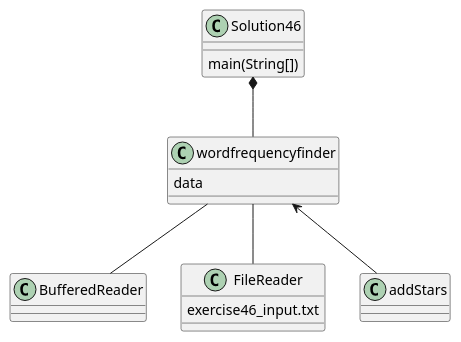
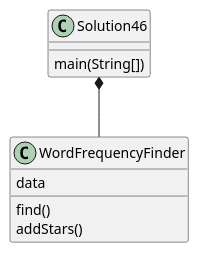
One commit to MohitBallikar/Ballikar-a04 changed the diagram in exercise46/docs/exercise46.puml. Above: the diagram before and after it, drawn with PlantUML. The commit also changed 3 other files, not shown here.

Commit message:
restructure and uml updates

```diff
--- a/exercise46/docs/exercise46.puml
+++ b/exercise46/docs/exercise46.puml
@@ -1,24 +1,20 @@
 @startuml
 class Solution46 {
     main(String[])
 }
-Solution46 *--wordfrequencyfinder
+Solution46 *--WordFrequencyFinder
 
-class wordfrequencyfinder{
+class WordFrequencyFinder{
 data
+find()
+addStars()
 
-}
-
-wordfrequencyfinder -- BufferedReader
-wordfrequencyfinder -- FileReader
-wordfrequencyfinder <-- addStars
-
-class FileReader {
-exercise46_input.txt
 }
 
 
 
 
 
+
+
 @enduml
```
